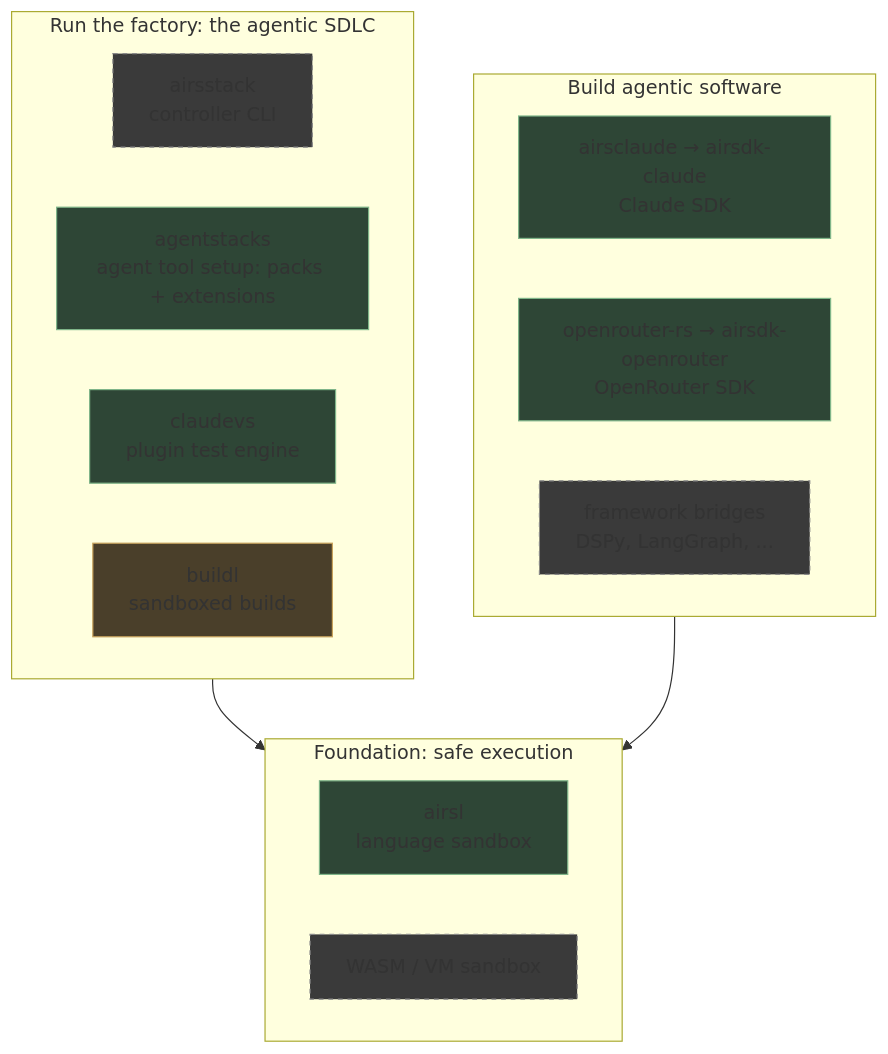
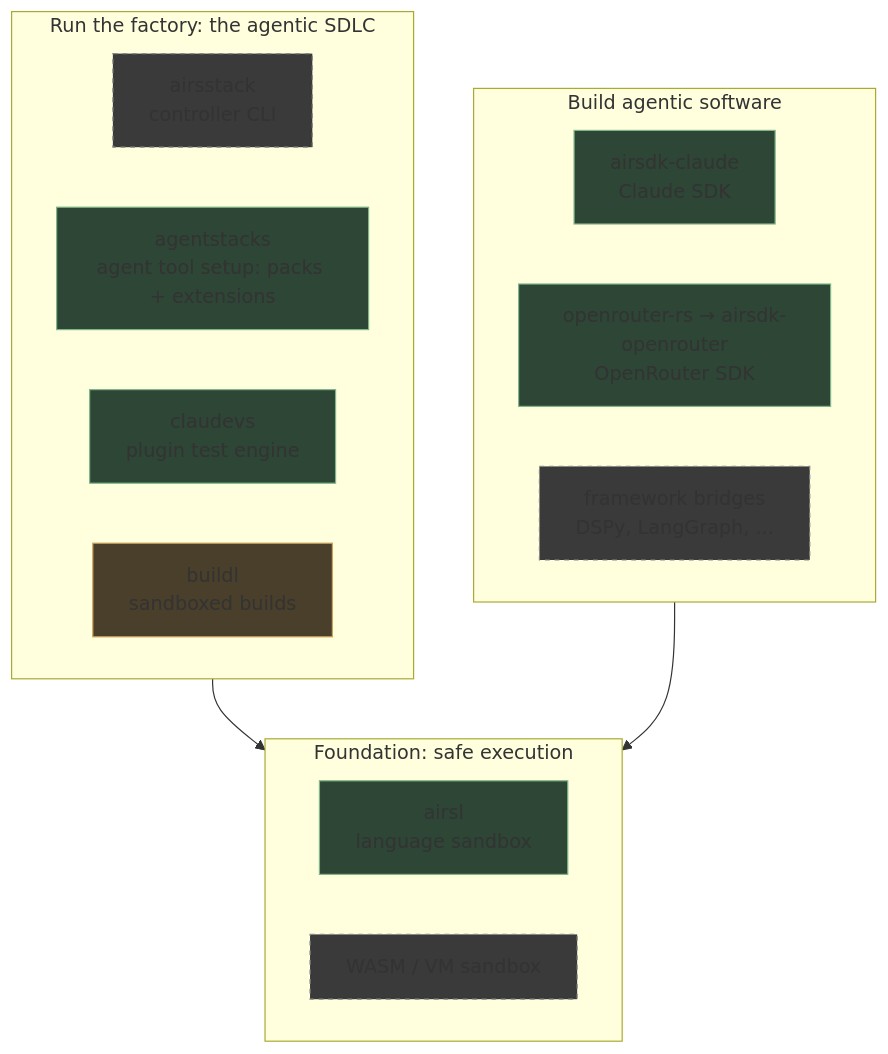
The diagram in profile/README.md (airsstack/.github), drawn with Mermaid before and after one commit. The commit also changed other lines of this file, not shown here.

Commit message:
docs(profile): agentstacks 1.3, airsdk-claude 0.1.0 moved, airsclaude retired

````diff
--- a/profile/README.md
+++ b/profile/README.md
@@ -19,37 +19,37 @@
 ```mermaid
 %% airsstack map
 flowchart TB
     subgraph A["Run the factory: the agentic SDLC"]
         direction LR
         CTL["airsstack<br/>controller CLI"]
         SDLC["agentstacks<br/>agent tool setup: packs + extensions"]
         CVS["claudevs<br/>plugin test engine"]
         BUILD["buildl<br/>sandboxed builds"]
     end
 
     subgraph B["Build agentic software"]
         direction LR
-        CLAUDE["airsclaude → airsdk-claude<br/>Claude SDK"]
+        CLAUDE["airsdk-claude<br/>Claude SDK"]
         OR["openrouter-rs → airsdk-openrouter<br/>OpenRouter SDK"]
         BRIDGE["framework bridges<br/>DSPy, LangGraph, ..."]
     end
 
     subgraph F["Foundation: safe execution"]
         direction LR
         AIRSL["airsl<br/>language sandbox"]
         DEEPER["WASM / VM sandbox"]
     end
 
     A --> F
     B --> F
 
     style SDLC fill:#2e4636,stroke:#7fb589
     style CVS fill:#2e4636,stroke:#7fb589
     style CLAUDE fill:#2e4636,stroke:#7fb589
     style OR fill:#2e4636,stroke:#7fb589
     style AIRSL fill:#2e4636,stroke:#7fb589
     style BUILD fill:#4a3f2a,stroke:#c9a35c
     style CTL fill:#3a3a3a,stroke:#888,stroke-dasharray: 4 4
     style BRIDGE fill:#3a3a3a,stroke:#888,stroke-dasharray: 4 4
     style DEEPER fill:#3a3a3a,stroke:#888,stroke-dasharray: 4 4
 ```
````
